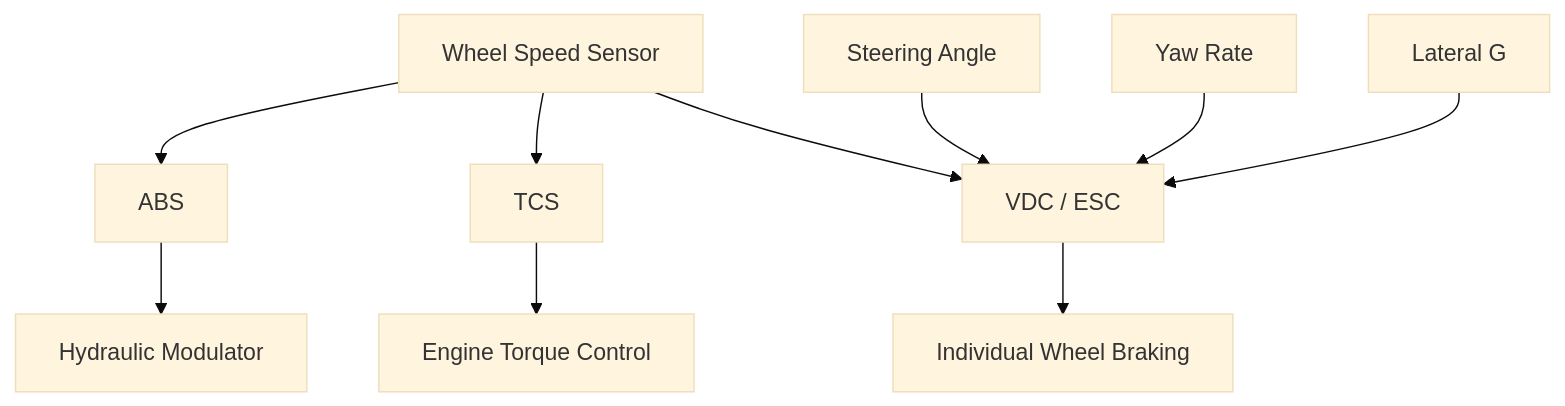
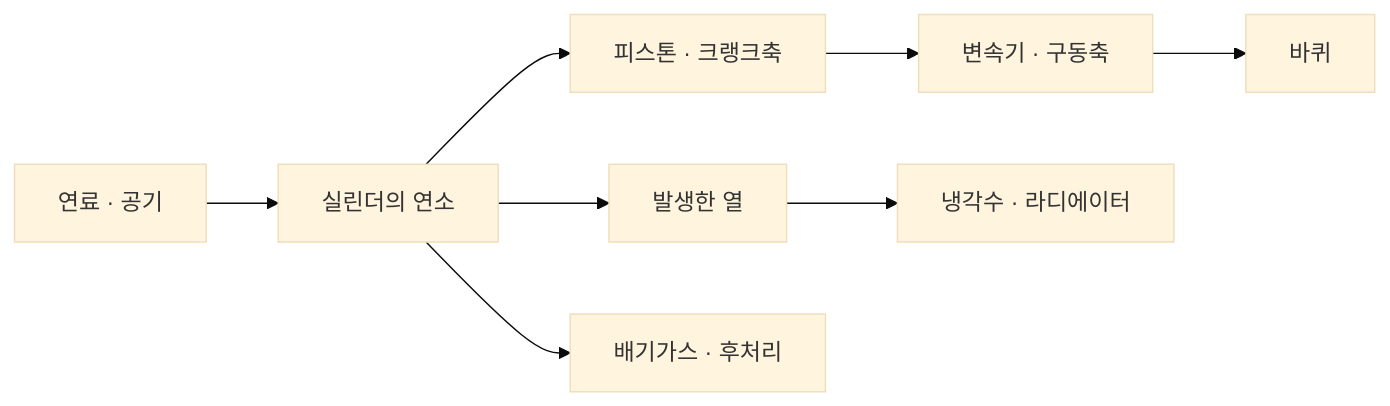
Before and after one commit to sunmaan22/Algorithm_Code_Study: the second of 4 diagrams in HINT_Embedded_SW/Automotive_Engineering_Fundamentals/Visual_Overview.md, drawn with Mermaid (base theme). The commit also changed other lines of this file, not shown here.

````diff
--- a/HINT_Embedded_SW/Automotive_Engineering_Fundamentals/Visual_Overview.md
+++ b/HINT_Embedded_SW/Automotive_Engineering_Fundamentals/Visual_Overview.md
@@ -84,14 +50,10 @@
 ```mermaid
-flowchart TB
-    WS[Wheel Speed Sensor] --> ABS[ABS]
-    WS --> TCS[TCS]
-    WS --> VDC[VDC / ESC]
-
-    SA[Steering Angle] --> VDC
-    YR[Yaw Rate] --> VDC
-    LAT[Lateral G] --> VDC
-
-    ABS --> HM[Hydraulic Modulator]
-    TCS --> ENG[Engine Torque Control]
-    VDC --> WB[Individual Wheel Braking]
+flowchart LR
+    F[연료 · 공기] --> C[실린더의 연소]
+    C --> K[피스톤 · 크랭크축]
+    K --> T[변속기 · 구동축]
+    T --> W[바퀴]
+    C --> H[발생한 열]
+    H --> R[냉각수 · 라디에이터]
+    C --> X[배기가스 · 후처리]
 ```
````
